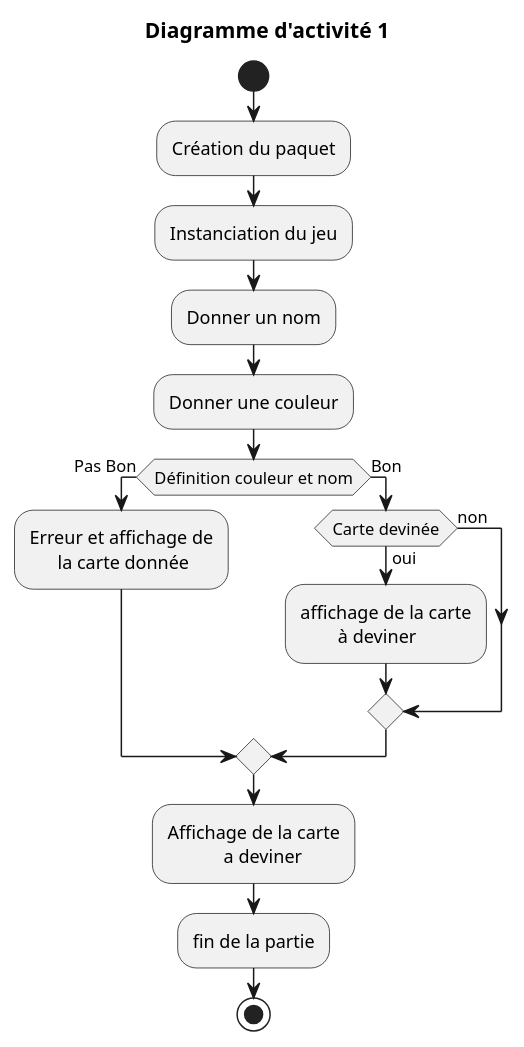
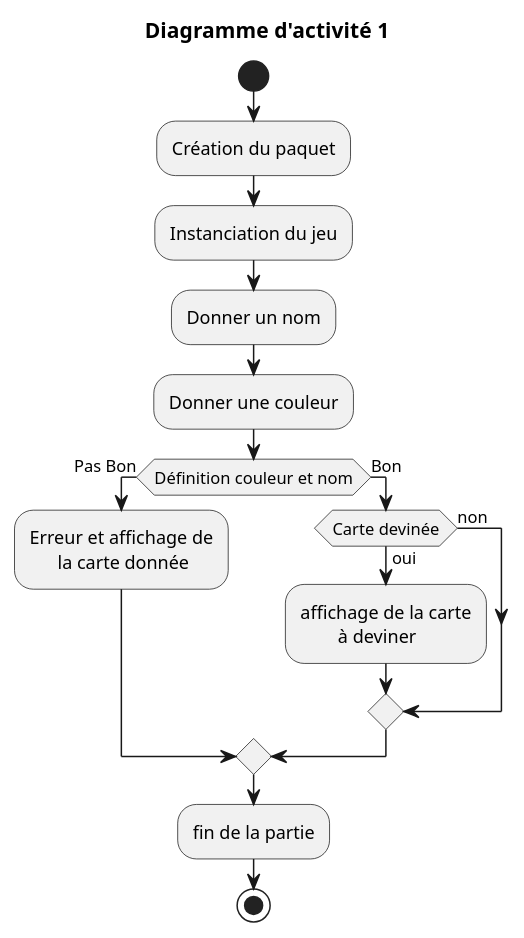
The diagram in src/main/kotlin/org/sio/slam/devine/DiagActPre.adoc (LiLcHUkuY/projet-dev-cartes), drawn with PlantUML before and after one commit. The commit also changed 1 other file, not shown here.

Commit message:
le programme boucle (code de benji)

```diff
--- a/src/main/kotlin/org/sio/slam/devine/DiagActPre.adoc
+++ b/src/main/kotlin/org/sio/slam/devine/DiagActPre.adoc
@@ -1,30 +1,28 @@
 [plantuml]
 -----
 @startuml
 !pragma useVerticalIf on
 title Diagramme d'activité 1
 
 start
 
 :Création du paquet;
 :Instanciation du jeu;
 :Donner un nom;
 :Donner une couleur;
 
 if (Définition couleur et nom) then (Pas Bon)
     :Erreur et affichage de
           la carte donnée;
 
 else (Bon)
     if (Carte devinée) then (oui)
         :affichage de la carte
                 à deviner;
     else (non)
 endif
 endif
-:Affichage de la carte
-            a deviner;
 :fin de la partie;
 stop
 @enduml
 -----
```
